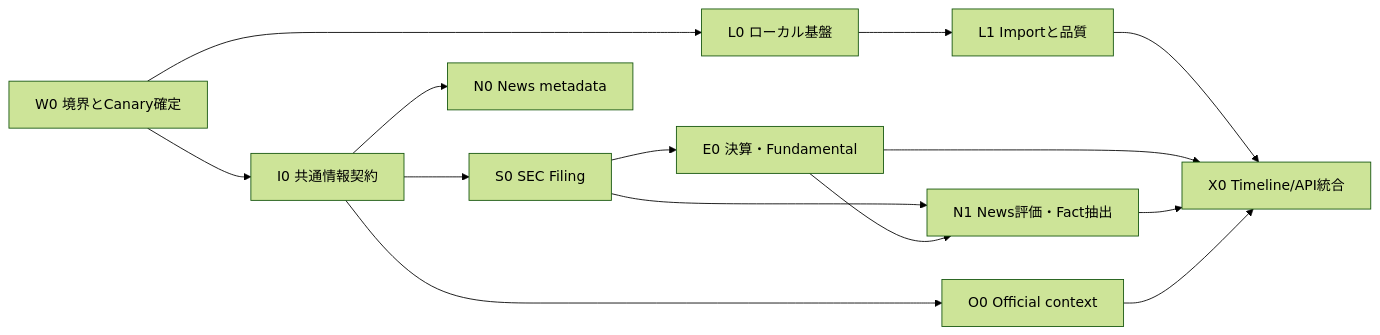
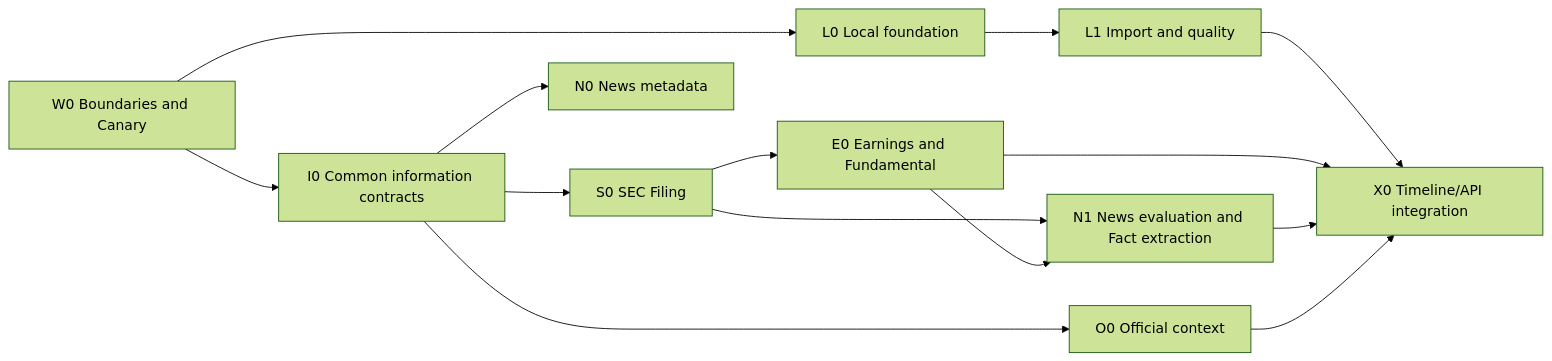
The diagram in docs/WORK_BREAKDOWN_LOCAL_CORPORATE_INTELLIGENCE_2026-09-03.md (arnatoatadaink/OrderScope), drawn with Mermaid (forest theme) before and after one commit. The commit also changed other lines of this file, not shown here.

Commit message:
docs: translate Local CI WBS

````diff
--- a/docs/WORK_BREAKDOWN_LOCAL_CORPORATE_INTELLIGENCE_2026-09-03.md
+++ b/docs/WORK_BREAKDOWN_LOCAL_CORPORATE_INTELLIGENCE_2026-09-03.md
@@ -45,16 +44,16 @@
 ```mermaid
 flowchart LR
-    A[W0 境界とCanary確定] --> B[L0 ローカル基盤]
-    A --> C[I0 共通情報契約]
-    B --> D[L1 Importと品質]
+    A[W0 Boundaries and Canary] --> B[L0 Local foundation]
+    A --> C[I0 Common information contracts]
+    B --> D[L1 Import and quality]
     C --> E[S0 SEC Filing]
-    E --> F[E0 決算・Fundamental]
+    E --> F[E0 Earnings and Fundamental]
     C --> G[N0 News metadata]
-    E --> H[N1 News評価・Fact抽出]
+    E --> H[N1 News evaluation and Fact extraction]
     F --> H
     C --> I[O0 Official context]
-    D --> J[X0 Timeline/API統合]
+    D --> J[X0 Timeline/API integration]
     F --> J
     H --> J
     I --> J
 ```
````
